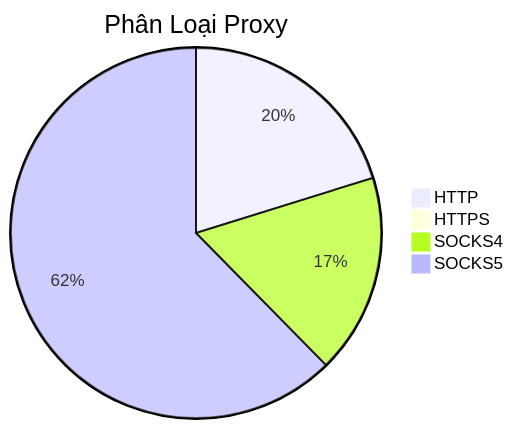
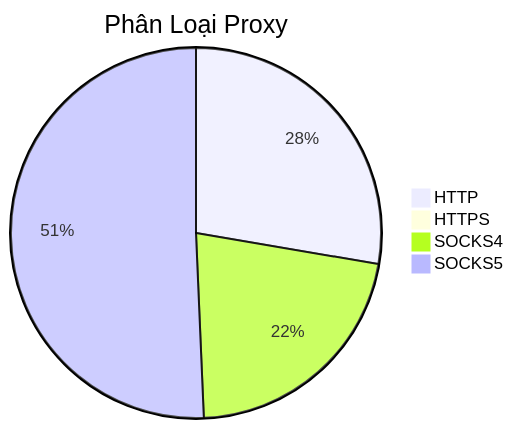
The diagram in README.md (Ciara-12/PROXY-free), drawn with Mermaid before and after one commit. The commit also changed other lines of this file and 3 other files, not shown here.

````diff
--- a/README.md
+++ b/README.md
@@ -26,7 +26,7 @@
 ```mermaid
 pie title Phân Loại Proxy
-    "HTTP" : 271
+    "HTTP" : 389
     "HTTPS" : 0
-    "SOCKS4" : 234
-    "SOCKS5" : 837
+    "SOCKS4" : 304
+    "SOCKS5" : 712
 ```
````
